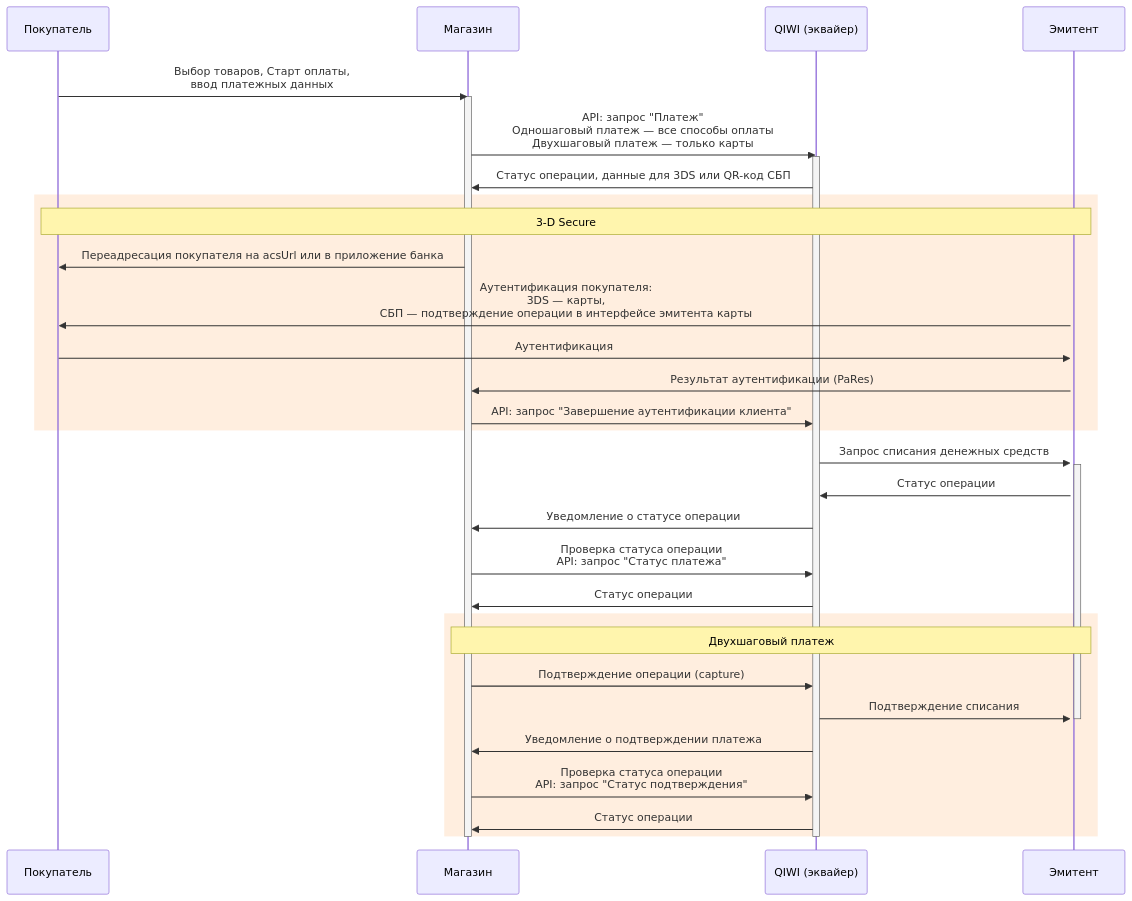
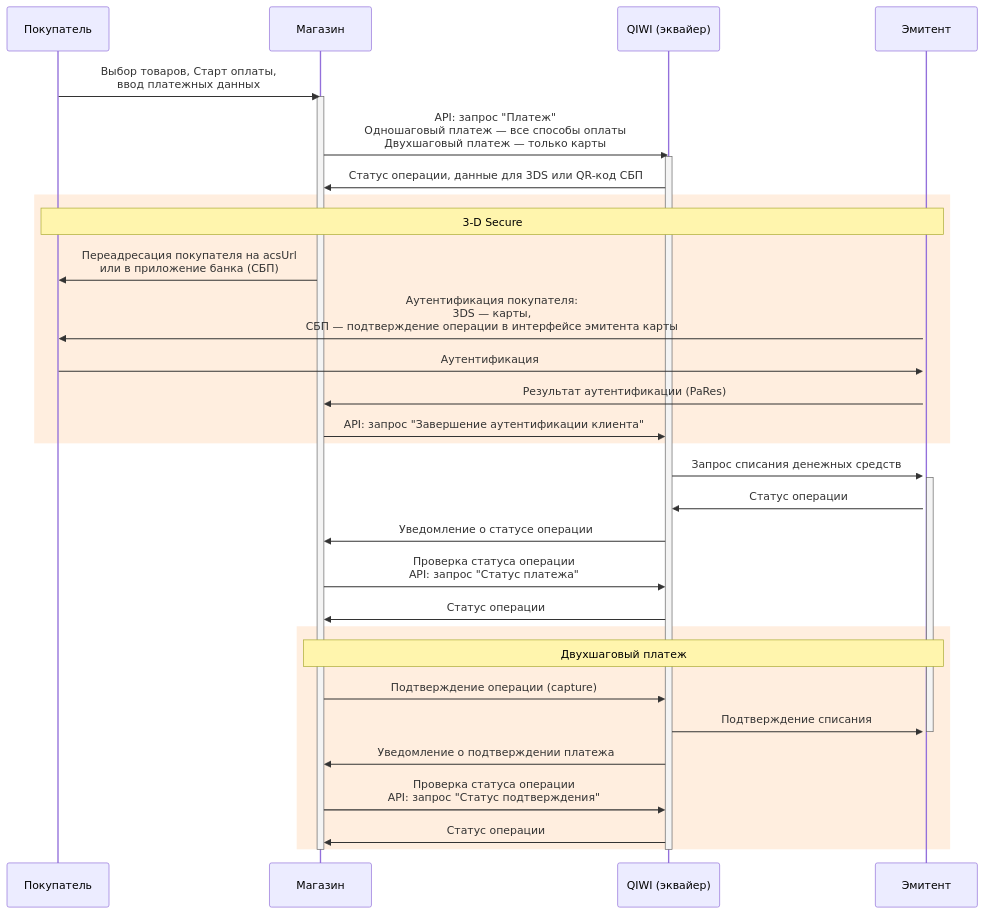
The diagram in _merchant-form_ru.html.md (QIWI-API/payments-docs), drawn with Mermaid before and after one commit. The commit also changed other lines of this file and 23 other files, not shown here.

```diff
--- a/_merchant-form_ru.html.md
+++ b/_merchant-form_ru.html.md
@@ -18,38 +18,38 @@
 <div class="mermaid">
 sequenceDiagram
 participant customer as Покупатель
 participant store as Магазин
 participant qb as QIWI (эквайер)
 participant ips as Эмитент
 customer->>store:Выбор товаров, Старт оплаты,<br/>ввод платежных данных
 activate store
 store->>qb:API: запрос "Платеж"<br/>Одношаговый платеж — все способы оплаты<br/>Двухшаговый платеж — только карты
 activate qb
 qb->>store:Статус операции, данные для 3DS или QR-код СБП
 rect rgb(255, 238, 223)
 Note over customer, ips:3-D Secure
-store->>customer:Переадресация покупателя на acsUrl или в приложение банка
+store->>customer:Переадресация покупателя на acsUrl<br/>или в приложение банка (СБП)
 activate ips
 ips->>customer:Аутентификация покупателя:<br/>3DS — карты,<br/>СБП — подтверждение операции в интерфейсе эмитента карты
 customer->>ips:Аутентификация
 ips->>store:Результат аутентификации (PaRes)
 store->>qb:API: запрос "Завершение аутентификации клиента"
 end
 qb->>ips:Запрос списания денежных средств
 activate ips
 ips->>qb:Статус операции
 qb->>store:Уведомление о статусе операции
 store->>qb: Проверка статуса операции<br/>API: запрос "Статус платежа"
 qb->>store: Статус операции
 rect rgb(255, 238, 223)
 Note over store, ips:Двухшаговый платеж
 store->>qb:Подтверждение операции (capture)
 qb->>ips:Подтверждение списания
 deactivate ips
 qb->>store:Уведомление о подтверждении платежа
 store->>qb: Проверка статуса операции<br/>API: запрос "Статус подтверждения"
 qb->>store: Статус операции
 end
 deactivate qb
 deactivate store
 </div>
```
